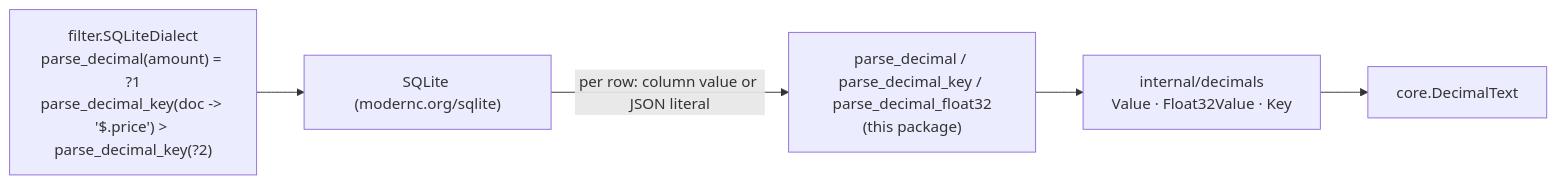
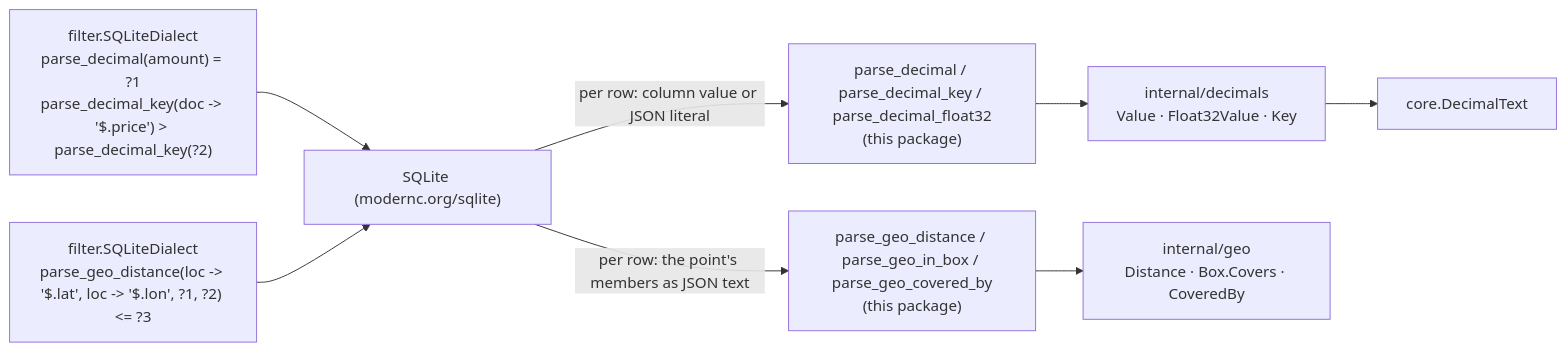
Before and after one commit to ashtonian/pkg: the diagram in parse/parsesqlite/README.md, drawn with Mermaid. The commit also changed other lines of this file and 21 other files, not shown here.

````diff
--- a/parse/parsesqlite/README.md
+++ b/parse/parsesqlite/README.md
@@ -20,7 +20,10 @@
 ```mermaid
 flowchart LR
     plan["filter.SQLiteDialect<br/>parse_decimal(amount) = ?1<br/>parse_decimal_key(doc -> '$.price') > parse_decimal_key(?2)"] --> sqlite["SQLite (modernc.org/sqlite)"]
     sqlite -->|"per row: column value or JSON literal"| fns["parse_decimal / parse_decimal_key / parse_decimal_float32<br/>(this package)"]
     fns --> dec["internal/decimals<br/>Value · Float32Value · Key"]
     dec --> core["core.DecimalText"]
+    geoplan["filter.SQLiteDialect<br/>parse_geo_distance(loc -> '$.lat', loc -> '$.lon', ?1, ?2) <= ?3"] --> sqlite
+    sqlite -->|"per row: the point's members as JSON text"| geofns["parse_geo_distance / parse_geo_in_box / parse_geo_covered_by<br/>(this package)"]
+    geofns --> geo["internal/geo<br/>Distance · Box.Covers · CoveredBy"]
 ```
````
